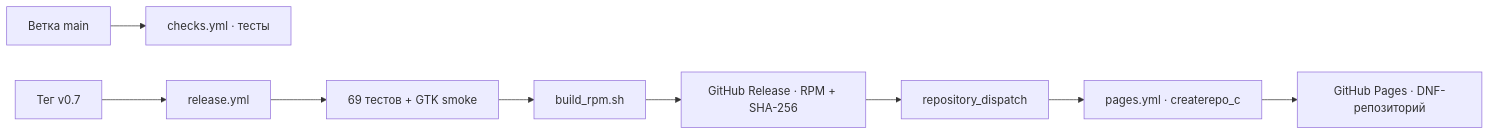
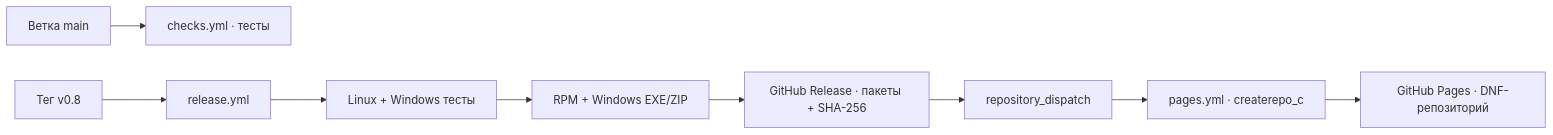
One commit to Kostya5232/naps3-redos changed the second of 3 diagrams in PROGRAM_MAP.md. Above: the diagram before and after it, drawn with Mermaid. The commit also changed other lines of this file and 19 other files, not shown here.

````diff
--- a/PROGRAM_MAP.md
+++ b/PROGRAM_MAP.md
@@ -72,11 +80,11 @@
 ```mermaid
 flowchart LR
     MainBranch["Ветка main"] --> Checks["checks.yml · тесты"]
-    Tag["Тег v0.7"] --> Release["release.yml"]
-    Release --> Tests["69 тестов + GTK smoke"]
-    Tests --> Build["build_rpm.sh"]
-    Build --> Assets["GitHub Release · RPM + SHA-256"]
+    Tag["Тег v0.8"] --> Release["release.yml"]
+    Release --> Tests["Linux + Windows тесты"]
+    Tests --> Build["RPM + Windows EXE/ZIP"]
+    Build --> Assets["GitHub Release · пакеты + SHA-256"]
     Assets --> Dispatch["repository_dispatch"]
     Dispatch --> Pages["pages.yml · createrepo_c"]
     Pages --> DNF["GitHub Pages · DNF-репозиторий"]
 ```
````
